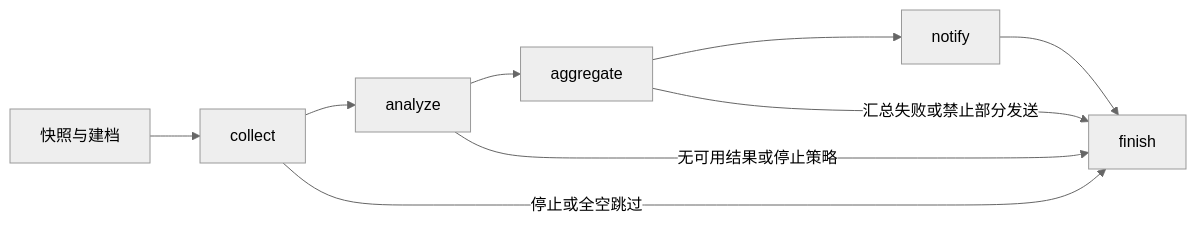
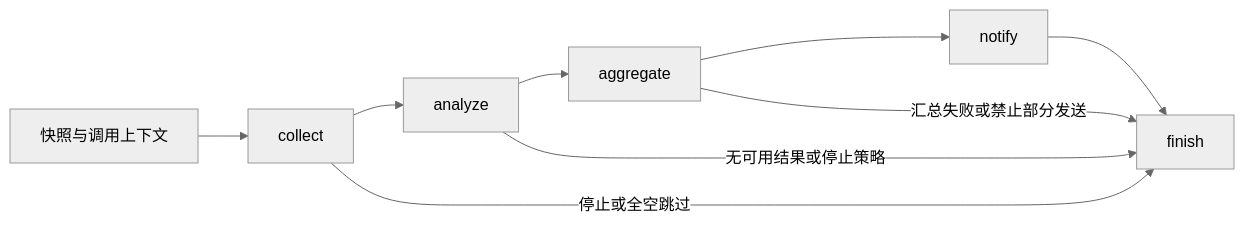
The diagram in openspec/changes/configurable-collection-analysis-workflow/modules/workflow/design.md (striiiiiing/WorkFLowWeave), drawn with Mermaid (neutral theme) before and after one commit. The commit also changed other lines of this file and 40 other files, not shown here.

````diff
--- a/openspec/changes/configurable-collection-analysis-workflow/modules/workflow/design.md
+++ b/openspec/changes/configurable-collection-analysis-workflow/modules/workflow/design.md
@@ -24,11 +24,11 @@
 ```mermaid
 flowchart LR
-    S[快照与建档] --> C[collect]
+    S[快照与调用上下文] --> C[collect]
     C --> A[analyze]
     A --> G[aggregate]
     G --> N[notify]
     N --> F[finish]
     C -->|停止或全空跳过| F
     A -->|无可用结果或停止策略| F
     G -->|汇总失败或禁止部分发送| F
 ```
````
